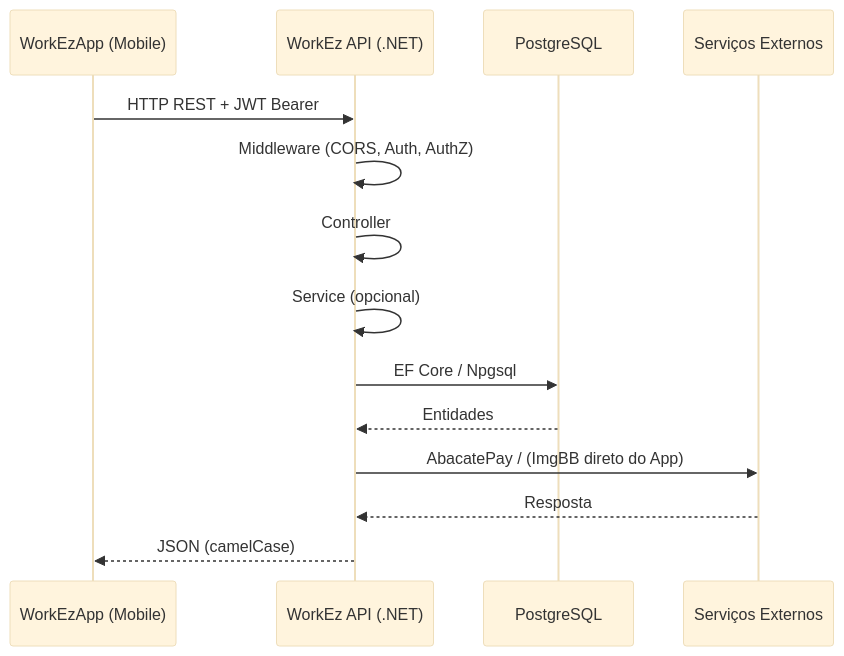
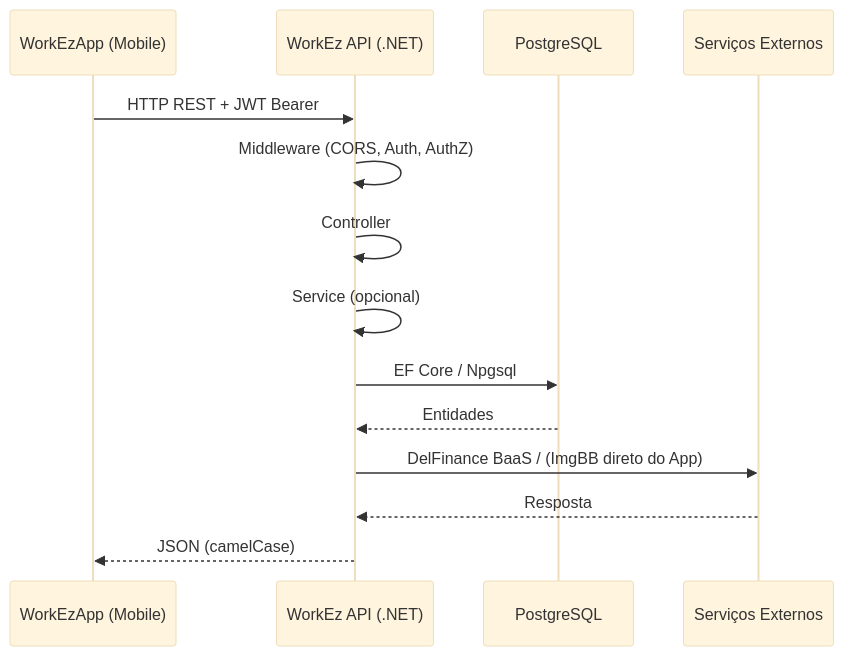
One commit to fatec-university-projects/WorkEz changed the first of 10 diagrams in DOCUMENTACAO_TECNICA.md. Above: the diagram before and after it, drawn with Mermaid (base theme). The commit also changed other lines of this file and 9 other files, not shown here.

````diff
--- a/DOCUMENTACAO_TECNICA.md
+++ b/DOCUMENTACAO_TECNICA.md
@@ -130,17 +130,17 @@
 ```mermaid
 sequenceDiagram
     participant App as WorkEzApp (Mobile)
     participant API as WorkEz API (.NET)
     participant DB as PostgreSQL
     participant Ext as Serviços Externos
 
     App->>API: HTTP REST + JWT Bearer
     API->>API: Middleware (CORS, Auth, AuthZ)
     API->>API: Controller
     API->>API: Service (opcional)
     API->>DB: EF Core / Npgsql
     DB-->>API: Entidades
-    API->>Ext: AbacatePay / (ImgBB direto do App)
+    API->>Ext: DelFinance BaaS / (ImgBB direto do App)
     Ext-->>API: Resposta
     API-->>App: JSON (camelCase)
 ```
````
